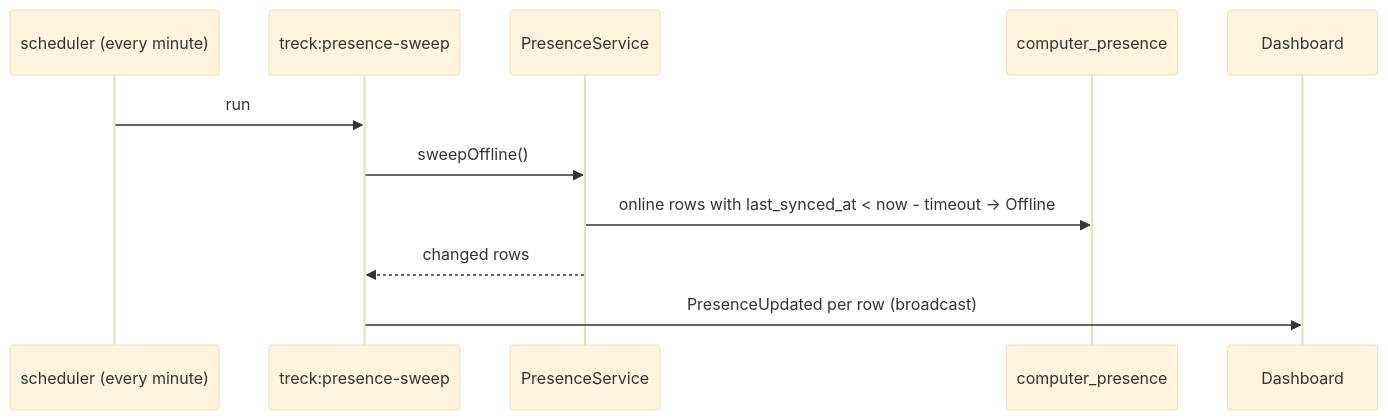
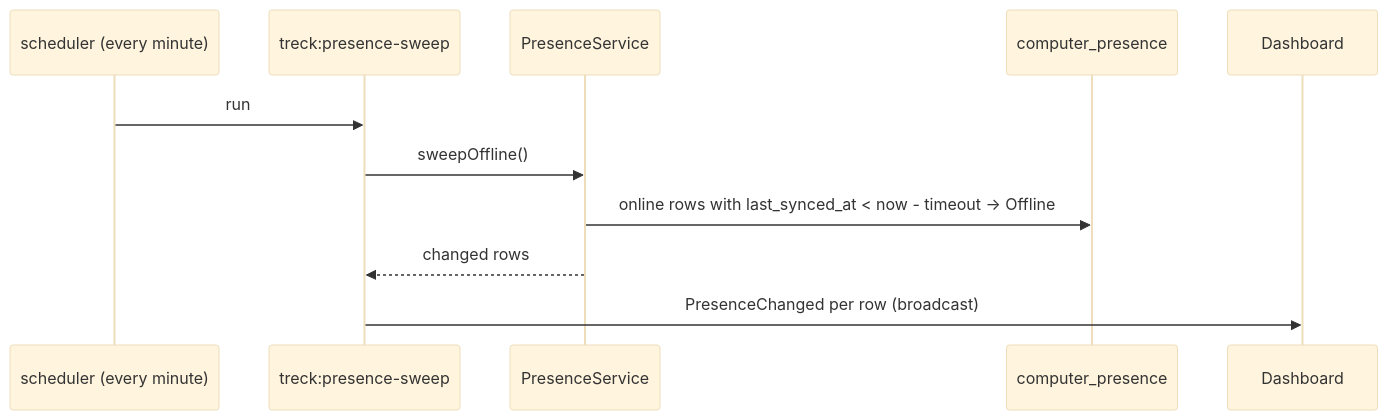
Before and after one commit to techmatterglobals/treck: the third of 3 diagrams in docs/25-realtime-presence.md, drawn with Mermaid (base theme). The commit also changed other lines of this file and 25 other files, not shown here.

````diff
--- a/docs/25-realtime-presence.md
+++ b/docs/25-realtime-presence.md
@@ -117,14 +117,14 @@
 ```mermaid
 sequenceDiagram
     participant Cron as scheduler (every minute)
     participant Cmd as treck:presence-sweep
     participant Svc as PresenceService
     participant DB as computer_presence
     participant UI as Dashboard
 
     Cron->>Cmd: run
     Cmd->>Svc: sweepOffline()
     Svc->>DB: online rows with last_synced_at < now - timeout -> Offline
     Svc-->>Cmd: changed rows
-    Cmd->>UI: PresenceUpdated per row (broadcast)
+    Cmd->>UI: PresenceChanged per row (broadcast)
 ```
````
